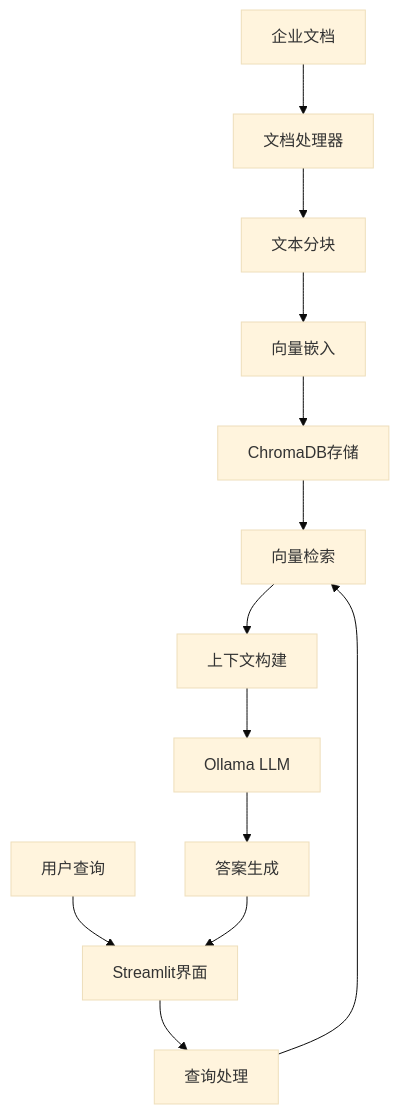
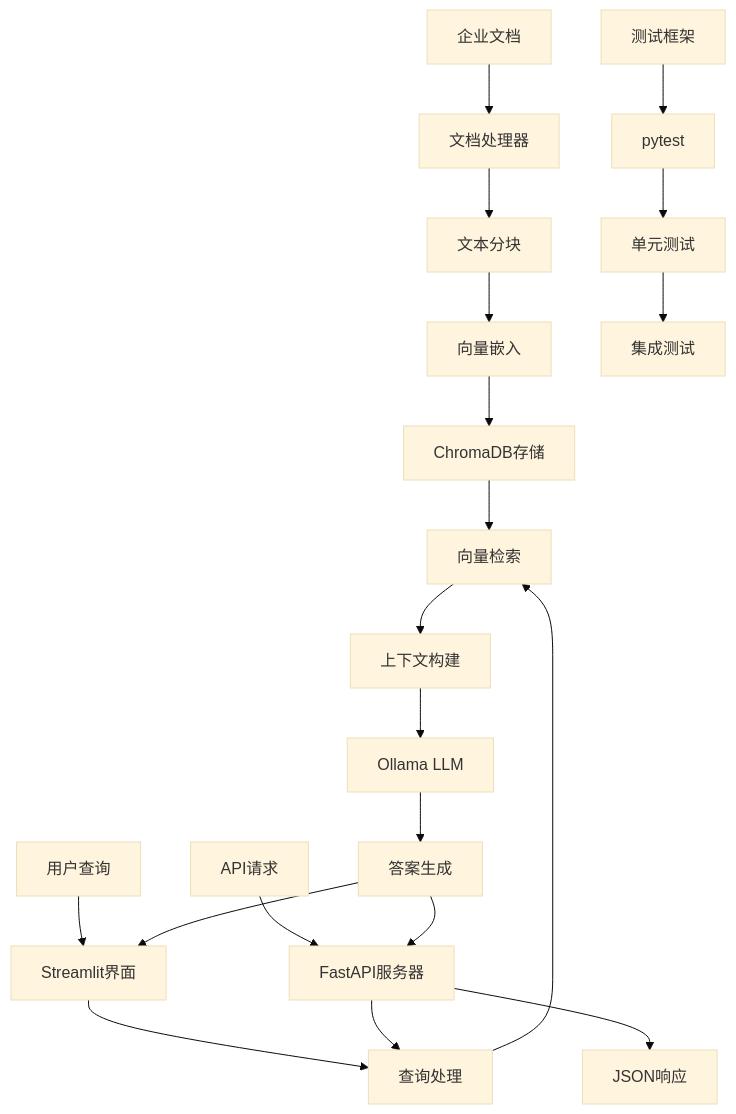
The diagram in system-1-local-free/README.md (yincma/enterprise-rag-comparison), drawn with Mermaid (base theme) before and after one commit. The commit also changed other lines of this file, not shown here.

````diff
--- a/system-1-local-free/README.md
+++ b/system-1-local-free/README.md
@@ -18,16 +21,24 @@
 ```mermaid
 graph TD
     A[企业文档] --> B[文档处理器]
     B --> C[文本分块]
     C --> D[向量嵌入]
     D --> E[ChromaDB存储]
     
     F[用户查询] --> G[Streamlit界面]
+    F2[API请求] --> H2[FastAPI服务器]
     G --> H[查询处理]
+    H2 --> H
     H --> I[向量检索]
     E --> I
     I --> J[上下文构建]
     J --> K[Ollama LLM]
     K --> L[答案生成]
     L --> G
+    L --> H2
+    H2 --> M[JSON响应]
+    
+    N[测试框架] --> O[pytest]
+    O --> P[单元测试]
+    P --> Q[集成测试]
 ```
````
